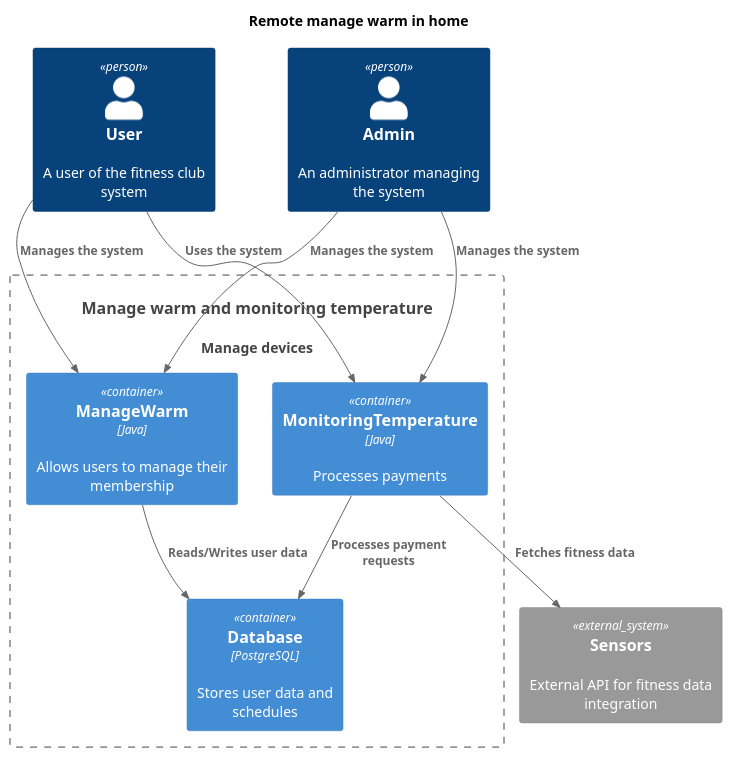
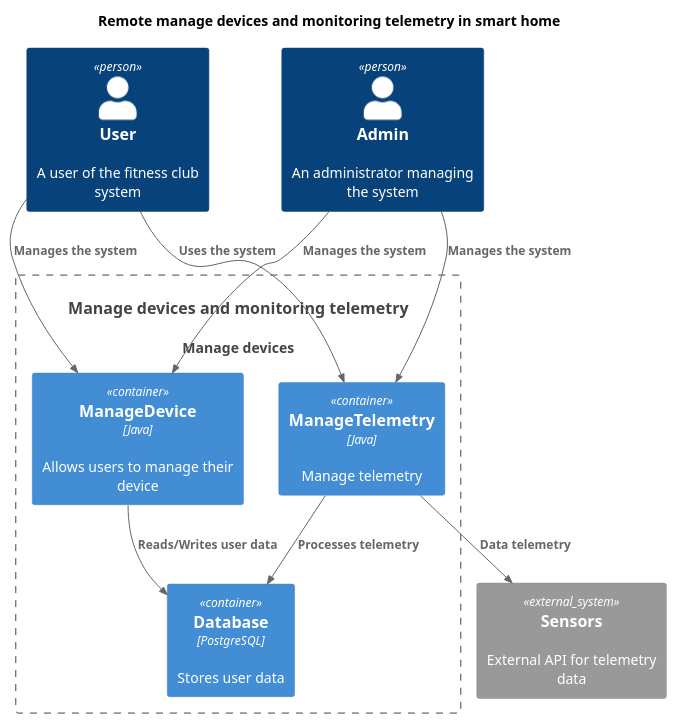
One commit to sdfasdfasfasf/architecture-sprint-3 changed the diagram in Sprint3_Task_1_2_3_4/src/1-1.puml. Above: the diagram before and after it, drawn with PlantUML. The commit also changed 4 other files, not shown here.

```diff
--- a/Sprint3_Task_1_2_3_4/src/1-1.puml
+++ b/Sprint3_Task_1_2_3_4/src/1-1.puml
@@ -1,29 +1,29 @@
 @startuml
 
 !includeurl https://raw.githubusercontent.com/RicardoNiepel/C4-PlantUML/master/C4_Component.puml
 
-title Remote manage warm in home
+title Remote manage devices and monitoring telemetry in smart home
 
 top to bottom direction
 
 Person(User, "User", "A user of the fitness club system")
 Person(Admin, "Admin", "An administrator managing the system")
-System(FitLifeSystem, "Manage warm and monitoring temperature", "Manage devices")
+System(FitLifeSystem, "Manage devices and monitoring telemetry", "Manage devices")
 
 Container_Boundary(FitLifeSystem, "FitLife System") {
-  Container(ManageWarm, "ManageWarm", "Java", "Allows users to manage their membership")
-  Container(MonitoringTemperature, "MonitoringTemperature", "Java", "Processes payments")
-  Container(Database, "Database", "PostgreSQL", "Stores user data and schedules")
+  Container(ManageDevice, "ManageDevice", "Java", "Allows users to manage their device")
+  Container(ManageTelemetry, "ManageTelemetry", "Java", "Manage telemetry")
+  Container(Database, "Database", "PostgreSQL", "Stores user data")
 }
 
-System_Ext(ApiSensors, "Sensors", "External API for fitness data integration")
+System_Ext(ApiSensors, "Sensors", "External API for telemetry data")
 
-Rel(Admin, ManageWarm,"Manages the system")
-Rel(User, MonitoringTemperature, "Uses the system")
-Rel(Admin, MonitoringTemperature,"Manages the system")
-Rel(User, ManageWarm,"Manages the system")
-Rel(MonitoringTemperature, Database,"Processes payment requests")
-Rel(ManageWarm,Database,"Reads/Writes user data")
-Rel(MonitoringTemperature,ApiSensors,"Fetches fitness data")
+Rel(Admin, ManageDevice,"Manages the system")
+Rel(User, ManageTelemetry, "Uses the system")
+Rel(Admin, ManageTelemetry,"Manages the system")
+Rel(User, ManageDevice,"Manages the system")
+Rel(ManageTelemetry, Database,"Processes telemetry")
+Rel(ManageDevice,Database,"Reads/Writes user data")
+Rel(ManageTelemetry,ApiSensors,"Data telemetry")
 
 @enduml
```
